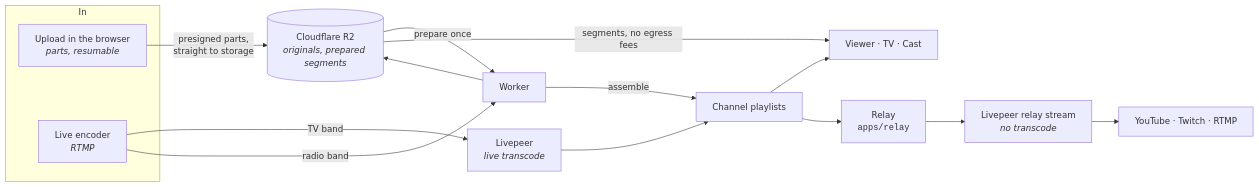
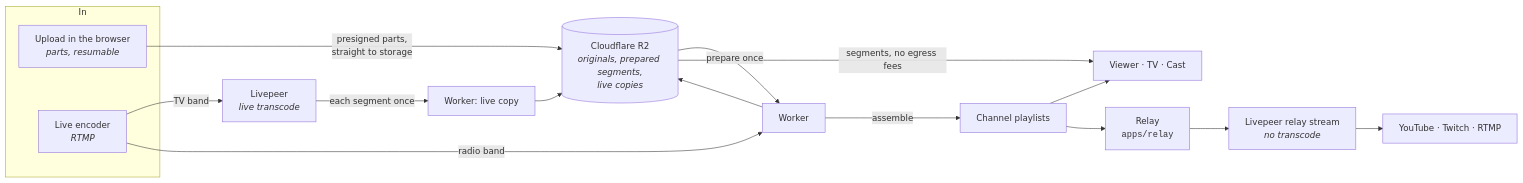
Before and after one commit to KyngKai909/opencast: the fifth of 6 diagrams in README.md, drawn with Mermaid. The commit also changed other lines of this file and 22 other files, not shown here.

Commit message:
Live blocks from our own storage: the leading worker copies each Livepeer segment once into R2 and the channel's playlists point at the copies, so live costs a flat ~$0.48 an hour whatever the audience, and a live block can be rewound within the pause window

````diff
--- a/README.md
+++ b/README.md
@@ -257,19 +263,20 @@
 ```mermaid
 flowchart LR
   subgraph In
     UP["Upload in the browser<br/><i>parts, resumable</i>"]
     ENC["Live encoder<br/><i>RTMP</i>"]
   end
-  UP -->|"presigned parts,<br/>straight to storage"| R2[("Cloudflare R2<br/><i>originals, prepared segments</i>")]
+  UP -->|"presigned parts,<br/>straight to storage"| R2[("Cloudflare R2<br/><i>originals, prepared segments,<br/>live copies</i>")]
   R2 -->|"prepare once"| WK["Worker"]
   WK --> R2
   ENC -->|"TV band"| LP["Livepeer<br/><i>live transcode</i>"]
   ENC -->|"radio band"| WK
+  LP -->|"each segment once"| LC["Worker: live copy"]
+  LC --> R2
   WK -->|"assemble"| PL["Channel playlists"]
-  LP --> PL
   PL --> V["Viewer · TV · Cast"]
   R2 -->|"segments, no egress fees"| V
   PL --> RL["Relay<br/><code>apps/relay</code>"]
   RL --> LPR["Livepeer relay stream<br/><i>no transcode</i>"]
   LPR --> OUT["YouTube · Twitch · RTMP"]
 ```
````
